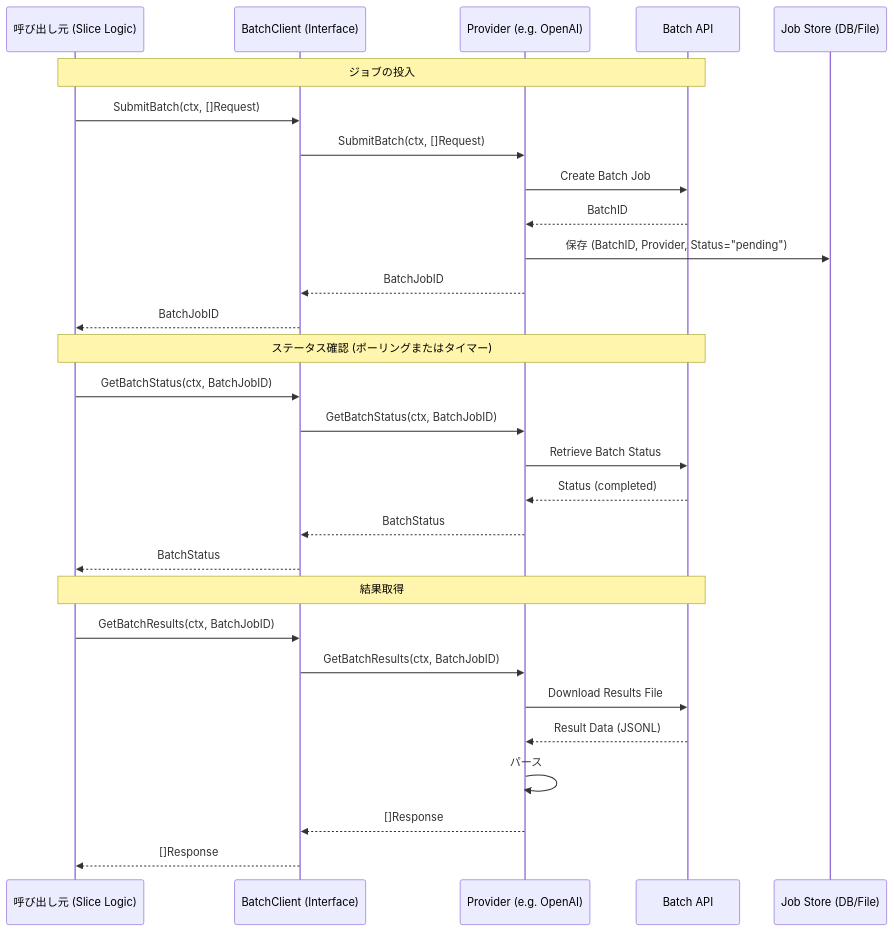
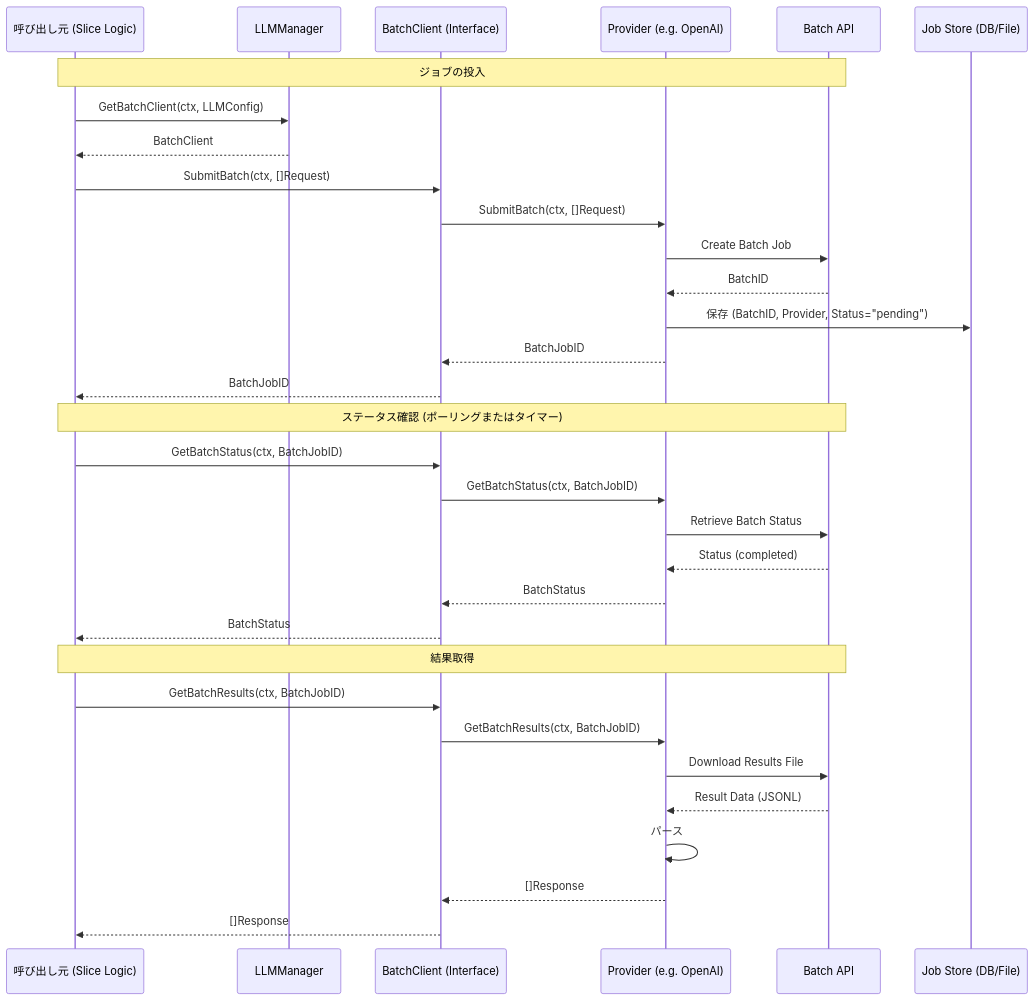
One commit to ishibata91/ai-translation-engine-2 changed the second of 3 diagrams in openspec/specs/LLMClient/llm_client_sequence_diagram.md. Above: the diagram before and after it, drawn with Mermaid. The commit also changed other lines of this file and 3 other files, not shown here.

````diff
--- a/openspec/specs/LLMClient/llm_client_sequence_diagram.md
+++ b/openspec/specs/LLMClient/llm_client_sequence_diagram.md
@@ -26,34 +29,37 @@
 ```mermaid
 sequenceDiagram
     participant App as 呼び出し元 (Slice Logic)
+    participant Manager as LLMManager
     participant Batch as BatchClient (Interface)
     participant Provider as Provider (e.g. OpenAI)
     participant API as Batch API
     participant Store as Job Store (DB/File)
 
     Note over App, API: ジョブの投入
+    App->>Manager: GetBatchClient(ctx, LLMConfig)
+    Manager-->>App: BatchClient
     App->>Batch: SubmitBatch(ctx, []Request)
     Batch->>Provider: SubmitBatch(ctx, []Request)
     Provider->>API: Create Batch Job
     API-->>Provider: BatchID
     Provider->>Store: 保存 (BatchID, Provider, Status="pending")
     Provider-->>Batch: BatchJobID
     Batch-->>App: BatchJobID
 
     Note over App, API: ステータス確認 (ポーリングまたはタイマー)
     App->>Batch: GetBatchStatus(ctx, BatchJobID)
     Batch->>Provider: GetBatchStatus(ctx, BatchJobID)
     Provider->>API: Retrieve Batch Status
     API-->>Provider: Status (completed)
     Provider-->>Batch: BatchStatus
     Batch-->>App: BatchStatus
 
     Note over App, API: 結果取得
     App->>Batch: GetBatchResults(ctx, BatchJobID)
     Batch->>Provider: GetBatchResults(ctx, BatchJobID)
     Provider->>API: Download Results File
     API-->>Provider: Result Data (JSONL)
     Provider->>Provider: パース
     Provider-->>Batch: []Response
     Batch-->>App: []Response
 ```
````
